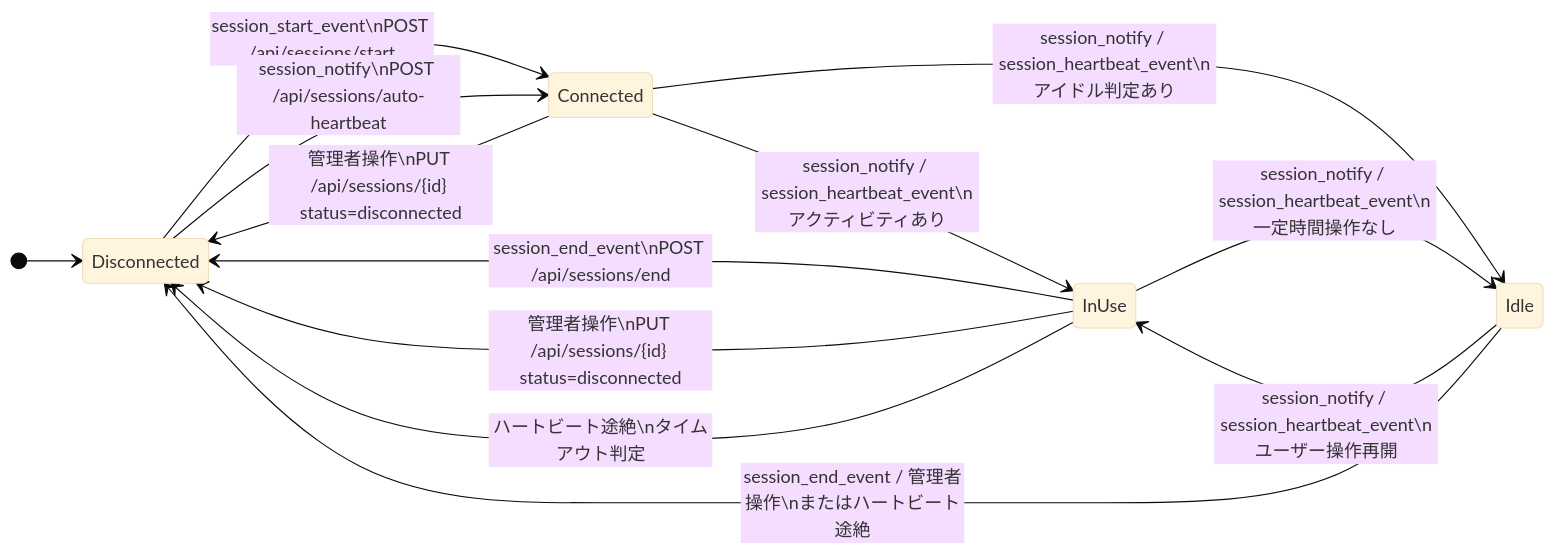
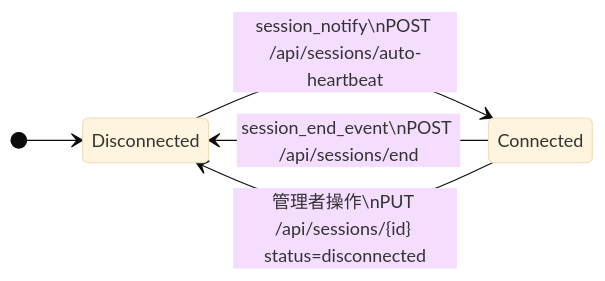
The third of 3 diagrams in docs/session-events-diagrams.md (k-z-w-e-b-3-1-0/Rdpstste), drawn with Mermaid (base theme) before and after one commit. The commit also changed other lines of this file and 10 other files, not shown here.

Commit message:
docs: describe event-driven session notifications

````diff
--- a/docs/session-events-diagrams.md
+++ b/docs/session-events-diagrams.md
@@ -118,24 +96,12 @@
 ```mermaid
 %%{init: {'flowchart': {'curve': 'basis'}} }%%
 stateDiagram-v2
     direction LR
 
     [*] --> Disconnected
 
-    Disconnected --> Connected: session_start_event\nPOST /api/sessions/start
     Disconnected --> Connected: session_notify\nPOST /api/sessions/auto-heartbeat
 
-    Connected --> InUse: session_notify / session_heartbeat_event\nアクティビティあり
-    Connected --> Idle: session_notify / session_heartbeat_event\nアイドル判定あり
-
-    InUse --> Idle: session_notify / session_heartbeat_event\n一定時間操作なし
-    Idle --> InUse: session_notify / session_heartbeat_event\nユーザー操作再開
-
-    InUse --> Disconnected: session_end_event\nPOST /api/sessions/end
-    InUse --> Disconnected: 管理者操作\nPUT /api/sessions/{id} status=disconnected
-    InUse --> Disconnected: ハートビート途絶\nタイムアウト判定
-
-    Idle --> Disconnected: session_end_event / 管理者操作\nまたはハートビート途絶
-
+    Connected --> Disconnected: session_end_event\nPOST /api/sessions/end
     Connected --> Disconnected: 管理者操作\nPUT /api/sessions/{id} status=disconnected
 ```
````
